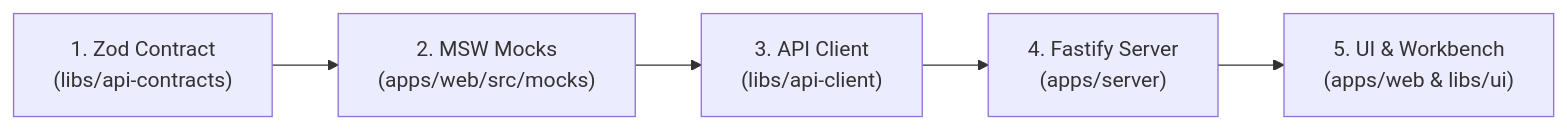
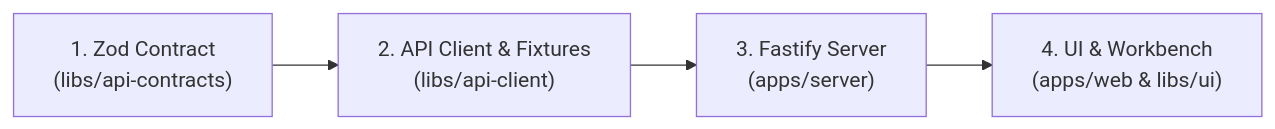
Before and after one commit to oleh-kazban/dayz-server-manager: the diagram in .agents/skills/feature-implementation.md, drawn with Mermaid. The commit also changed other lines of this file and 13 other files, not shown here.

````diff
--- a/.agents/skills/feature-implementation.md
+++ b/.agents/skills/feature-implementation.md
@@ -39,7 +39,6 @@
 ```mermaid
 flowchart LR
-    Step1["1. Zod Contract\n(libs/api-contracts)"] --> Step2["2. MSW Mocks\n(apps/web/src/mocks)"]
-    Step2 --> Step3["3. API Client\n(libs/api-client)"]
-    Step3 --> Step4["4. Fastify Server\n(apps/server)"]
-    Step4 --> Step5["5. UI & Workbench\n(apps/web & libs/ui)"]
+    Step1["1. Zod Contract\n(libs/api-contracts)"] --> Step2["2. API Client & Fixtures\n(libs/api-client)"]
+    Step2 --> Step3["3. Fastify Server\n(apps/server)"]
+    Step3 --> Step4["4. UI & Workbench\n(apps/web & libs/ui)"]
 ```
````
